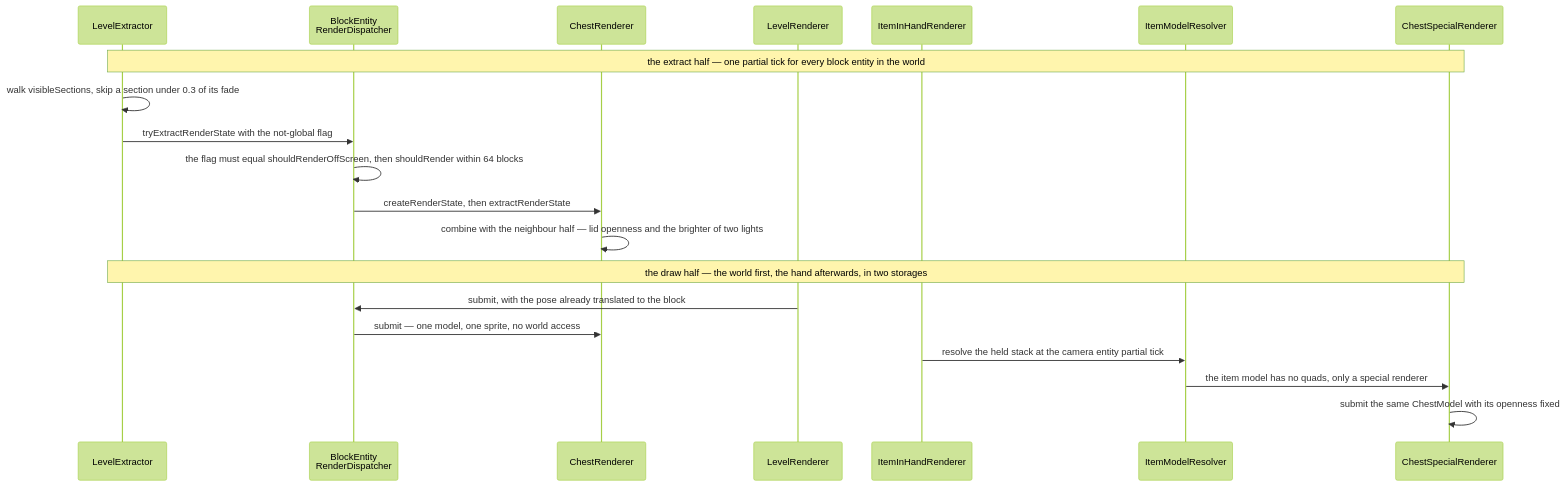
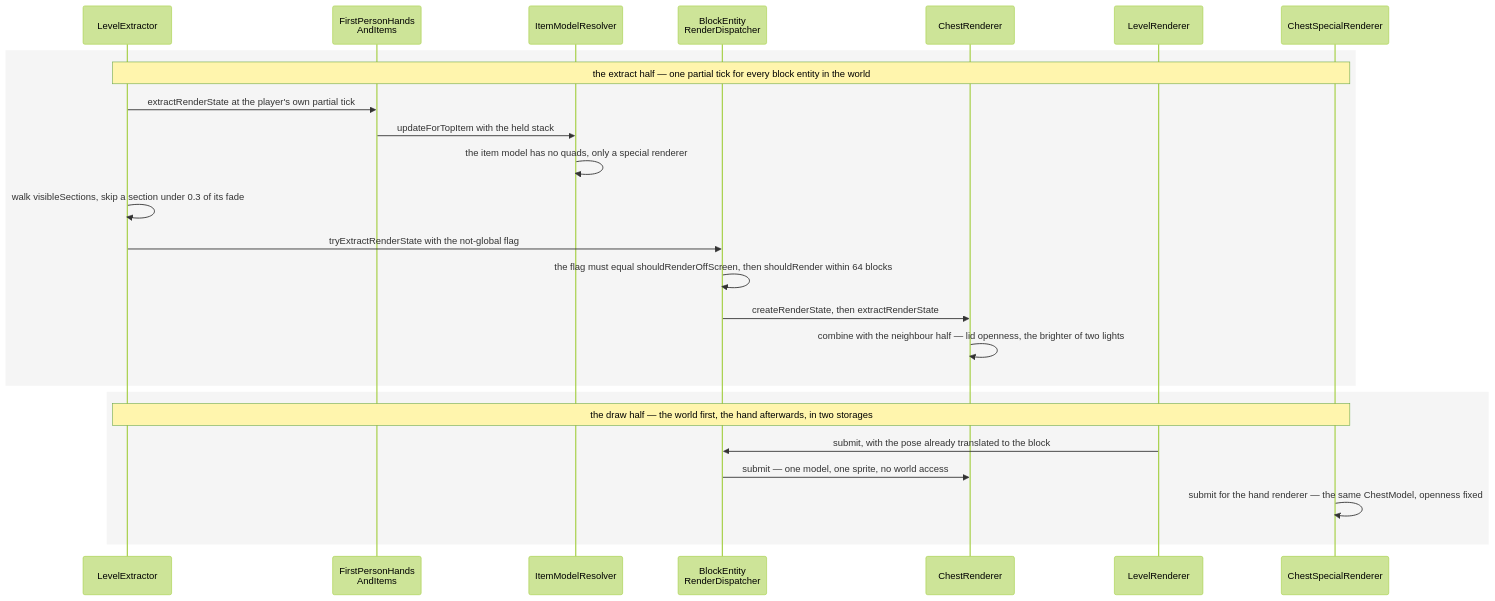
The second of 2 diagrams in src/systems/rendering/block-entity-rendering.md (AlexanderjFraser/MinecraftDocs), drawn with Mermaid (forest theme) before and after one commit. The commit also changed other lines of this file and 68 other files, not shown here.

````diff
--- a/src/systems/rendering/block-entity-rendering.md
+++ b/src/systems/rendering/block-entity-rendering.md
@@ -83,23 +83,28 @@
 ```mermaid
 sequenceDiagram
     participant LX as LevelExtractor
+    participant FPHAI as FirstPersonHands<br/>AndItems
+    participant IMR as ItemModelResolver
     participant BERD as BlockEntity<br/>RenderDispatcher
     participant ChestR as ChestRenderer
     participant LR as LevelRenderer
-    participant IIHR as ItemInHandRenderer
-    participant IMR as ItemModelResolver
     participant CSR as ChestSpecialRenderer
 
+    rect rgba(0, 0, 0, 0.04)
     Note over LX,CSR: the extract half — one partial tick for every block entity in the world
+    LX->>FPHAI: extractRenderState at the player's own partial tick
+    FPHAI->>IMR: updateForTopItem with the held stack
+    IMR->>IMR: the item model has no quads, only a special renderer
     LX->>LX: walk visibleSections, skip a section under 0.3 of its fade
     LX->>BERD: tryExtractRenderState with the not-global flag
     BERD->>BERD: the flag must equal shouldRenderOffScreen, then shouldRender within 64 blocks
     BERD->>ChestR: createRenderState, then extractRenderState
-    ChestR->>ChestR: combine with the neighbour half — lid openness and the brighter of two lights
+    ChestR->>ChestR: combine with the neighbour half — lid openness, the brighter of two lights
+    end
+    rect rgba(0, 0, 0, 0.04)
     Note over LX,CSR: the draw half — the world first, the hand afterwards, in two storages
     LR->>BERD: submit, with the pose already translated to the block
     BERD->>ChestR: submit — one model, one sprite, no world access
-    IIHR->>IMR: resolve the held stack at the camera entity partial tick
-    IMR->>CSR: the item model has no quads, only a special renderer
-    CSR->>CSR: submit the same ChestModel with its openness fixed
+    CSR->>CSR: submit for the hand renderer — the same ChestModel, openness fixed
+    end
 ```
````
